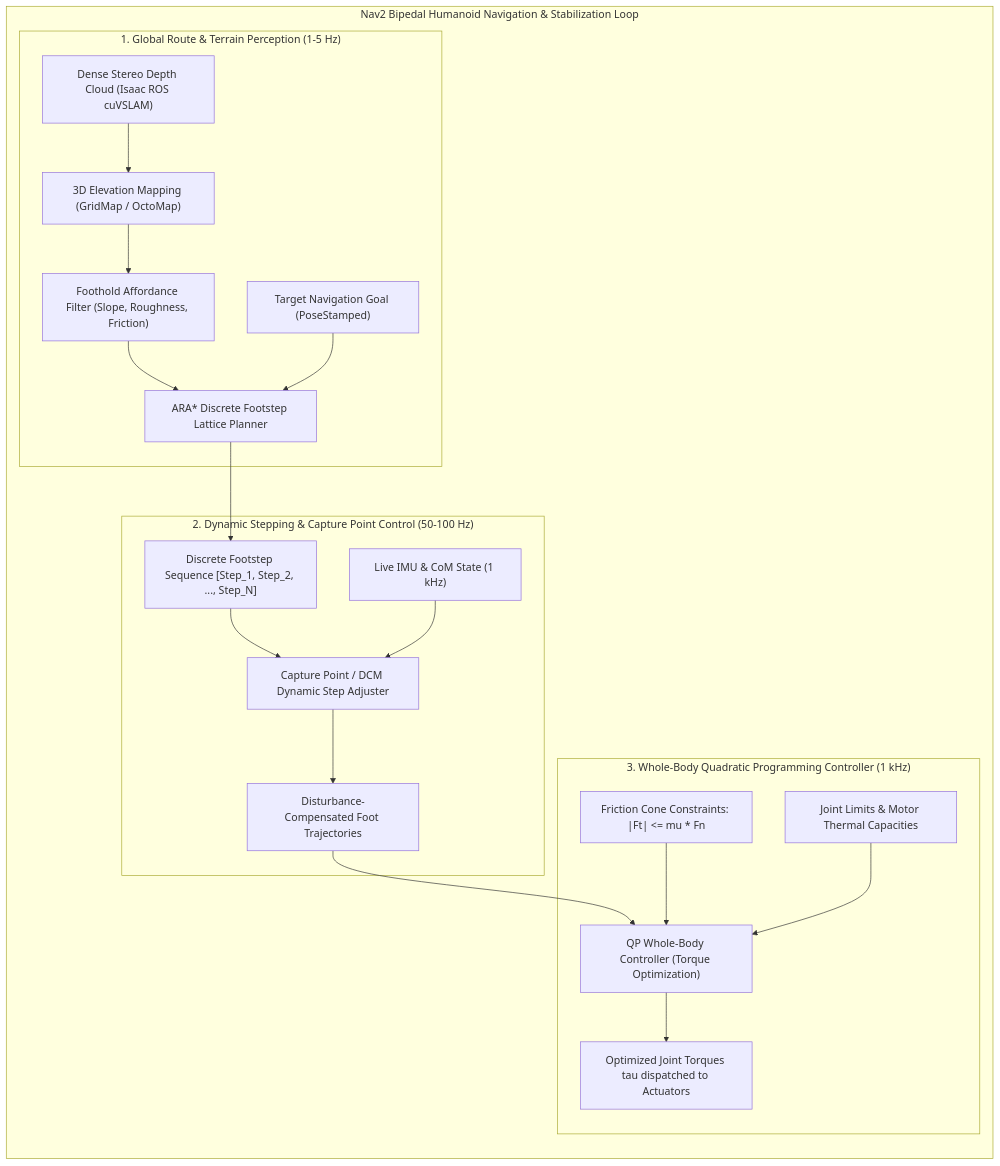
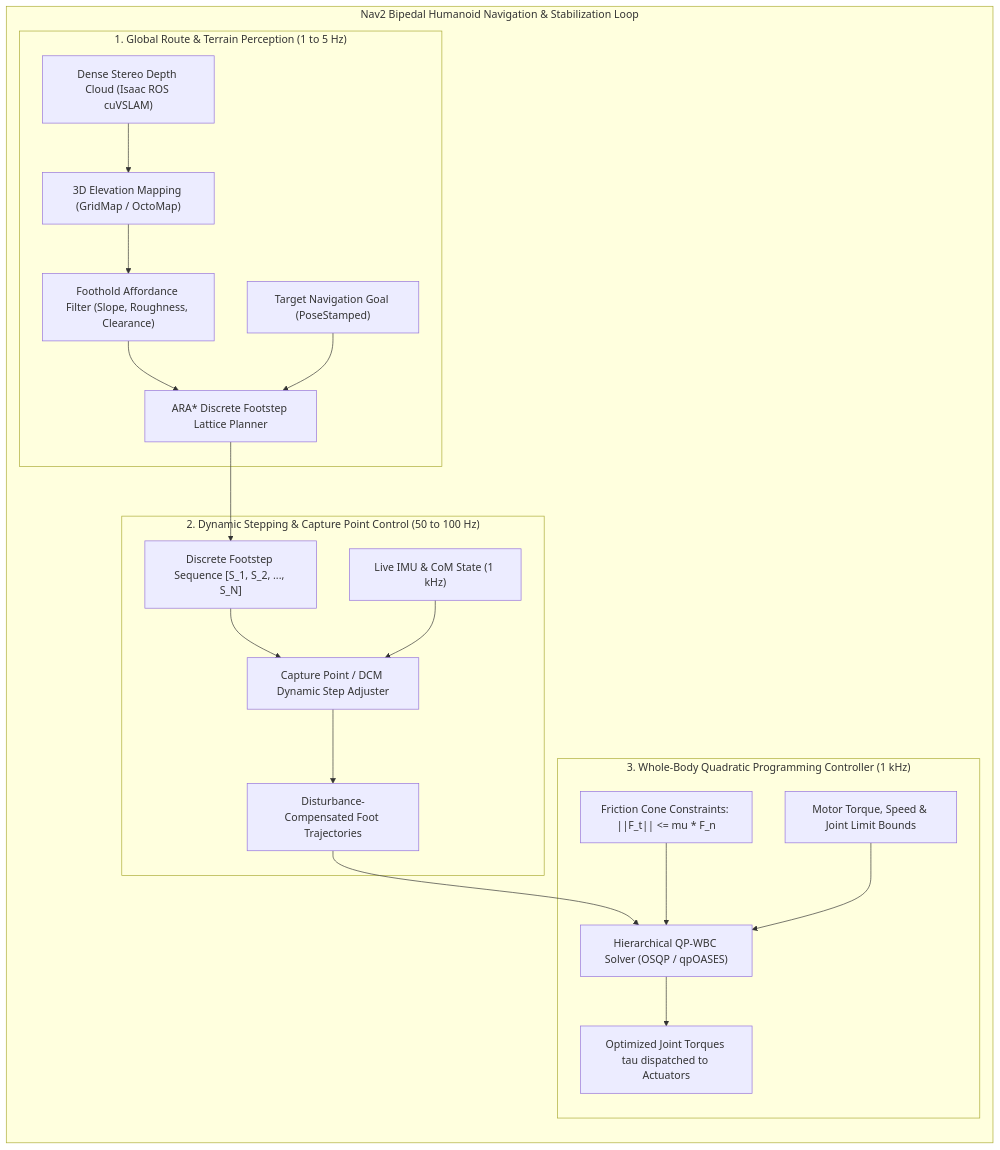
Before and after one commit to MudassirT/Physical-AI-Humanoid-Robotics: the first of 2 diagrams in ai-book-docs/module3-ai-robot-brain/3-4-nav2-for-bipedal-movement.mdx, drawn with Mermaid. The commit also changed other lines of this file and 1 other file, not shown here.

````diff
--- a/ai-book-docs/module3-ai-robot-brain/3-4-nav2-for-bipedal-movement.mdx
+++ b/ai-book-docs/module3-ai-robot-brain/3-4-nav2-for-bipedal-movement.mdx
@@ -14,27 +21,27 @@
 ```mermaid
 flowchart TD
     subgraph BipedalNav2Stack["Nav2 Bipedal Humanoid Navigation & Stabilization Loop"]
         direction TB
 
-        subgraph GlobalPlanning["1. Global Route & Terrain Perception (1-5 Hz)"]
+        subgraph GlobalPlanning["1. Global Route & Terrain Perception (1 to 5 Hz)"]
             DepthCloud["Dense Stereo Depth Cloud (Isaac ROS cuVSLAM)"] --> ElevationMap["3D Elevation Mapping (GridMap / OctoMap)"]
-            ElevationMap --> TerrainAnalysis["Foothold Affordance Filter (Slope, Roughness, Friction)"]
+            ElevationMap --> TerrainAnalysis["Foothold Affordance Filter (Slope, Roughness, Clearance)"]
             TerrainAnalysis --> AStarLattice["ARA* Discrete Footstep Lattice Planner"]
             GoalPose["Target Navigation Goal (PoseStamped)"] --> AStarLattice
         end
 
-        subgraph LocalStabilization["2. Dynamic Stepping & Capture Point Control (50-100 Hz)"]
-            AStarLattice --> FootstepSequence["Discrete Footstep Sequence [Step_1, Step_2, ..., Step_N]"]
+        subgraph LocalStabilization["2. Dynamic Stepping & Capture Point Control (50 to 100 Hz)"]
+            AStarLattice --> FootstepSequence["Discrete Footstep Sequence [S_1, S_2, ..., S_N]"]
             FootstepSequence --> CP_Planner["Capture Point / DCM Dynamic Step Adjuster"]
             IMUFeedback["Live IMU & CoM State (1 kHz)"] --> CP_Planner
             CP_Planner --> AdjustedFootsteps["Disturbance-Compensated Foot Trajectories"]
         end
 
         subgraph WholeBodyExecution["3. Whole-Body Quadratic Programming Controller (1 kHz)"]
-            AdjustedFootsteps --> QP_WBC["QP Whole-Body Controller (Torque Optimization)"]
-            FrictionCones["Friction Cone Constraints: |Ft| <= mu * Fn"] --> QP_WBC
-            TorqueLimits["Joint Limits & Motor Thermal Capacities"] --> QP_WBC
+            AdjustedFootsteps --> QP_WBC["Hierarchical QP-WBC Solver (OSQP / qpOASES)"]
+            FrictionCones["Friction Cone Constraints: ||F_t|| <= mu * F_n"] --> QP_WBC
+            TorqueLimits["Motor Torque, Speed & Joint Limit Bounds"] --> QP_WBC
             QP_WBC --> MotorEfforts["Optimized Joint Torques tau dispatched to Actuators"]
         end
     end
 ```
````
